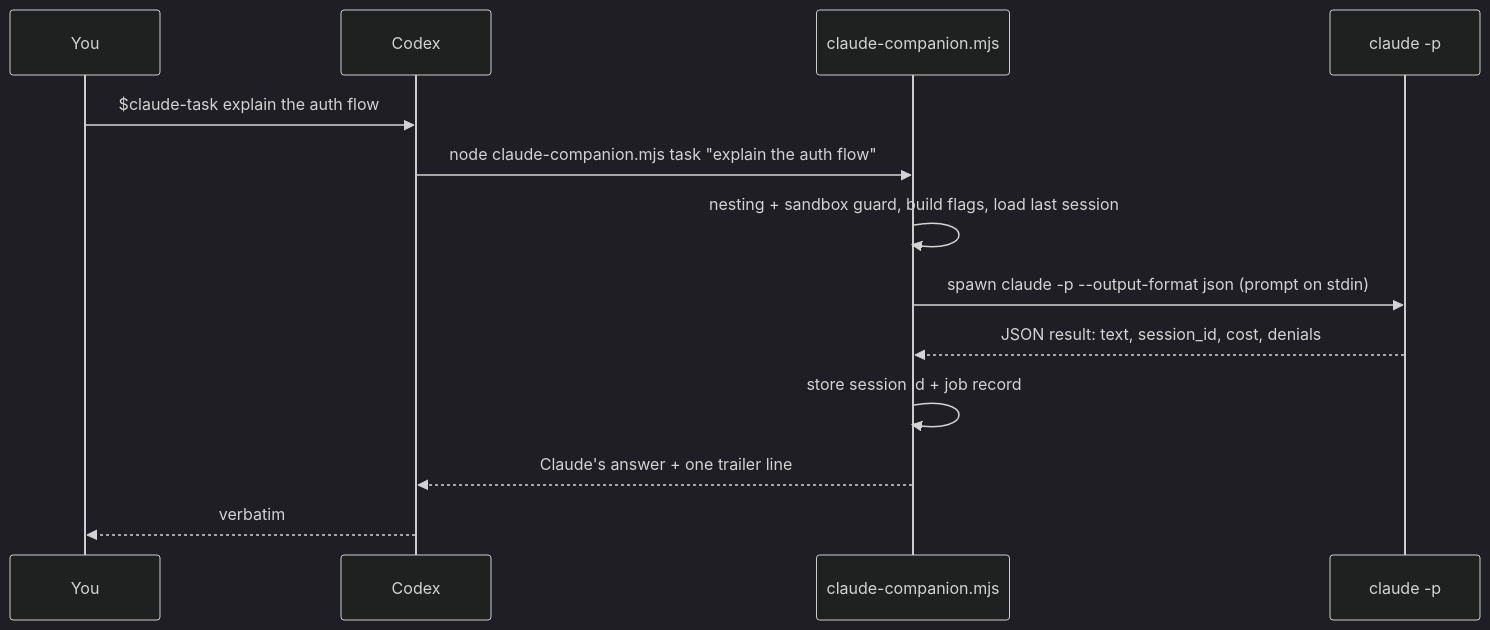
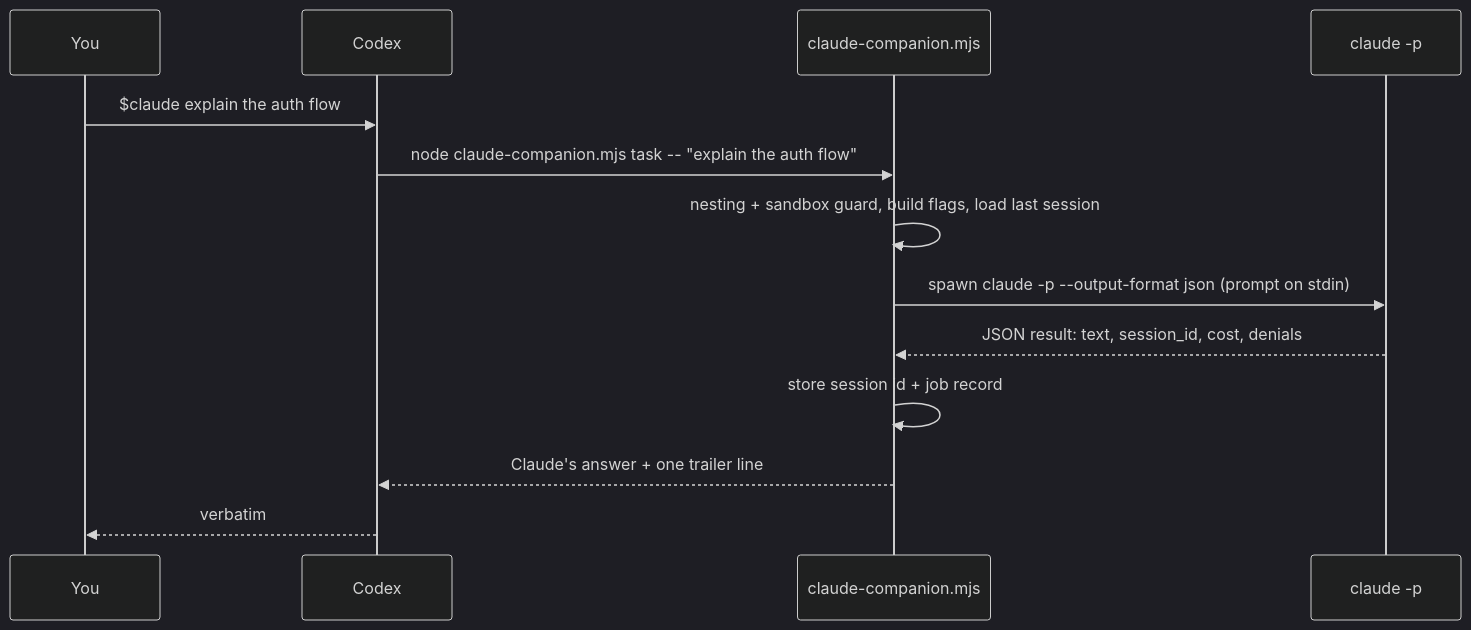
Before and after one commit to k3nmastel2/codex-claude-plugin: the diagram in README.md, drawn with Mermaid (dark theme). The commit also changed other lines of this file and 26 other files, not shown here.

````diff
--- a/README.md
+++ b/README.md
@@ -113,15 +136,15 @@
 ```mermaid
 sequenceDiagram
     participant U as You
     participant X as Codex
     participant C as claude-companion.mjs
     participant K as claude -p
-    U->>X: $claude-task explain the auth flow
-    X->>C: node claude-companion.mjs task "explain the auth flow"
+    U->>X: $claude explain the auth flow
+    X->>C: node claude-companion.mjs task -- "explain the auth flow"
     C->>C: nesting + sandbox guard, build flags, load last session
     C->>K: spawn claude -p --output-format json (prompt on stdin)
     K-->>C: JSON result: text, session_id, cost, denials
     C->>C: store session id + job record
     C-->>X: Claude's answer + one trailer line
     X-->>U: verbatim
 ```
````
